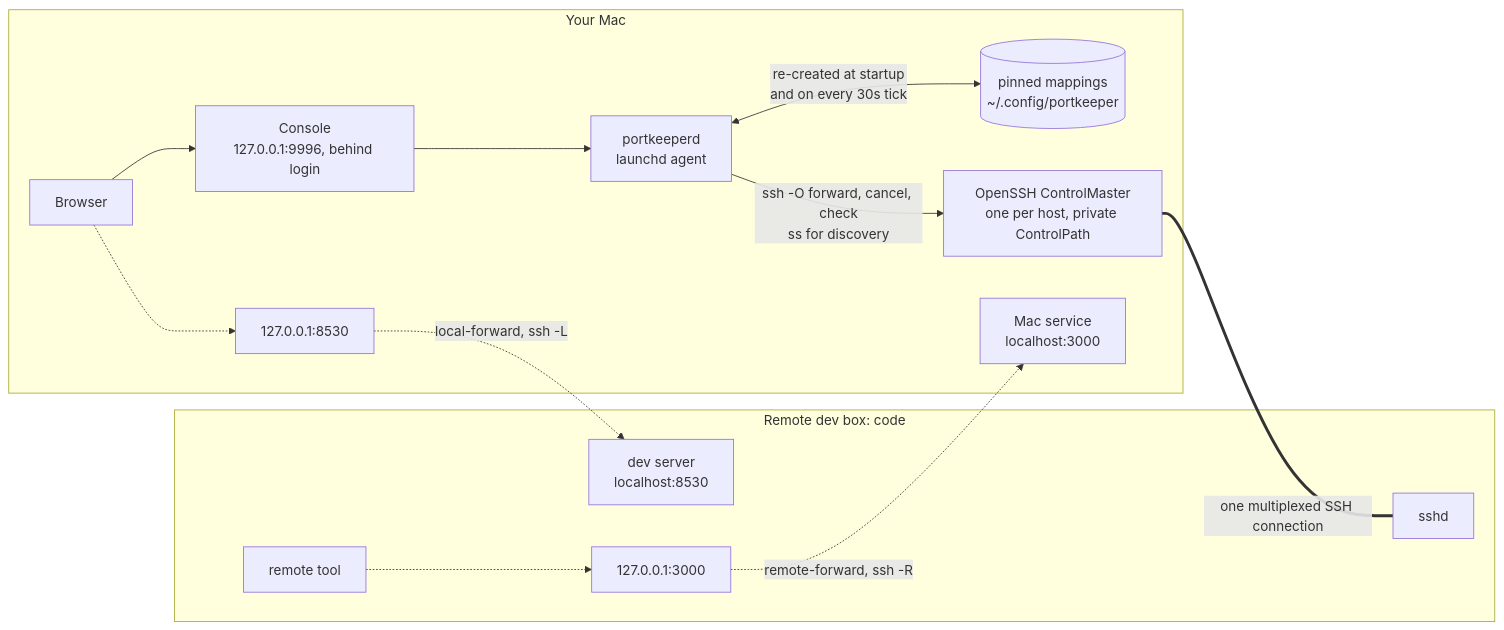
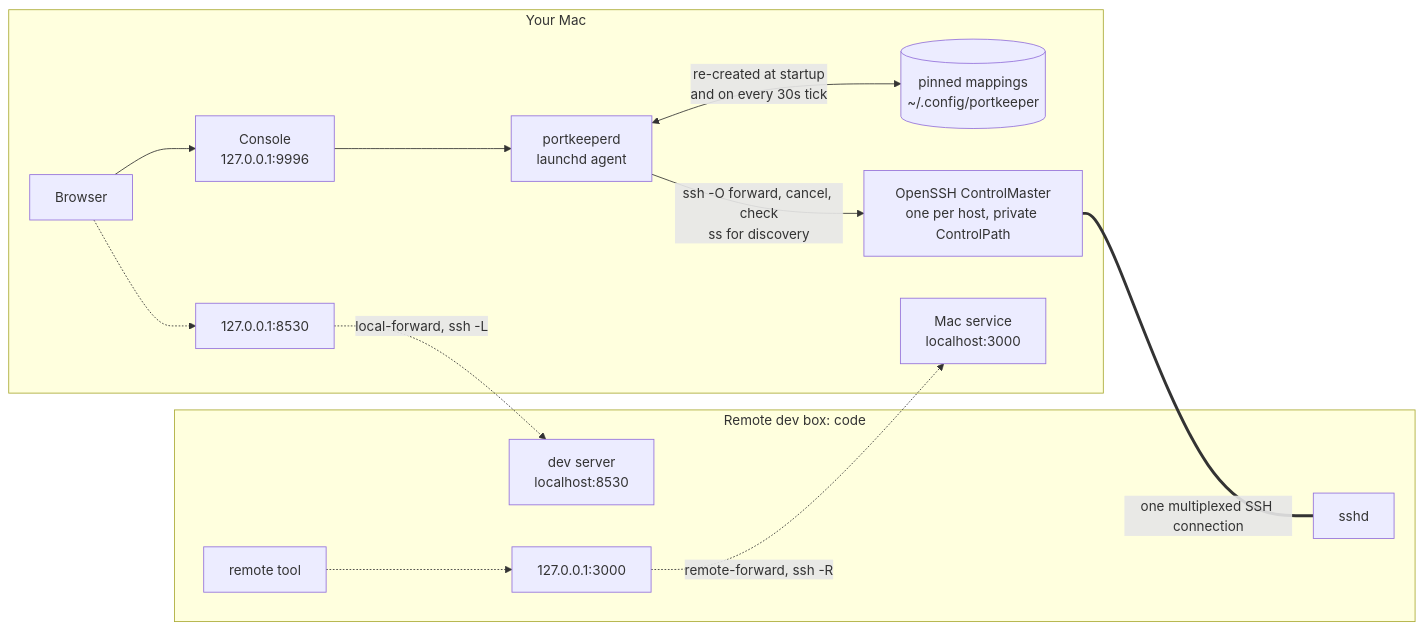
One commit to johnlofty/portkeeper changed the diagram in README.md. Above: the diagram before and after it, drawn with Mermaid. The commit also changed other lines of this file and 14 other files, not shown here.

````diff
--- a/README.md
+++ b/README.md
@@ -21,29 +20,29 @@
 ```mermaid
 flowchart LR
     subgraph mac["Your Mac"]
         browser["Browser"]
-        console["Console<br/>127.0.0.1:9996, behind login"]
+        console["Console<br/>127.0.0.1:9996"]
         daemon["portkeeperd<br/>launchd agent"]
         pins[("pinned mappings<br/>~/.config/portkeeper")]
         master["OpenSSH ControlMaster<br/>one per host, private ControlPath"]
         macport["127.0.0.1:8530"]
         macsvc["Mac service<br/>localhost:3000"]
     end
 
     subgraph code["Remote dev box: code"]
         sshd["sshd"]
         dev["dev server<br/>localhost:8530"]
         remoteport["127.0.0.1:3000"]
         tool["remote tool"]
     end
 
     browser --> console --> daemon
     daemon -->|"ssh -O forward, cancel, check<br/>ss for discovery"| master
     daemon <-->|"re-created at startup<br/>and on every 30s tick"| pins
     master ===|"one multiplexed SSH connection"| sshd
 
     browser -.-> macport
     macport -.->|"local-forward, ssh -L"| dev
     tool -.-> remoteport
     remoteport -.->|"remote-forward, ssh -R"| macsvc
 ```
````
